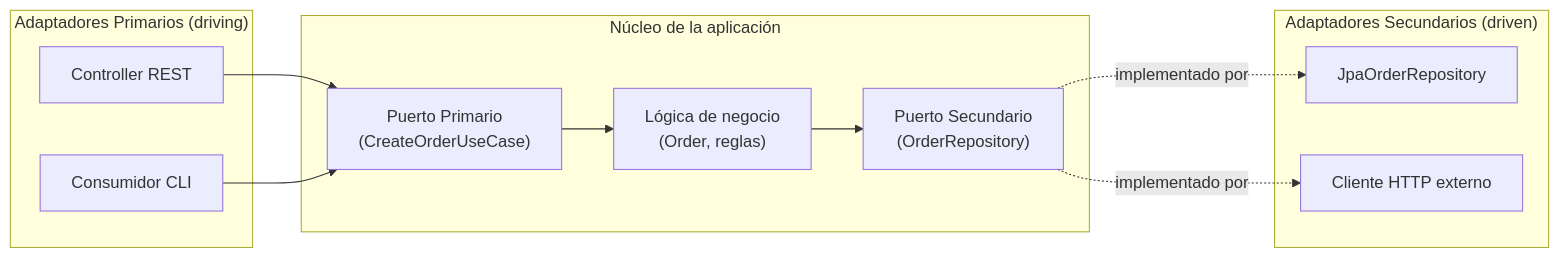
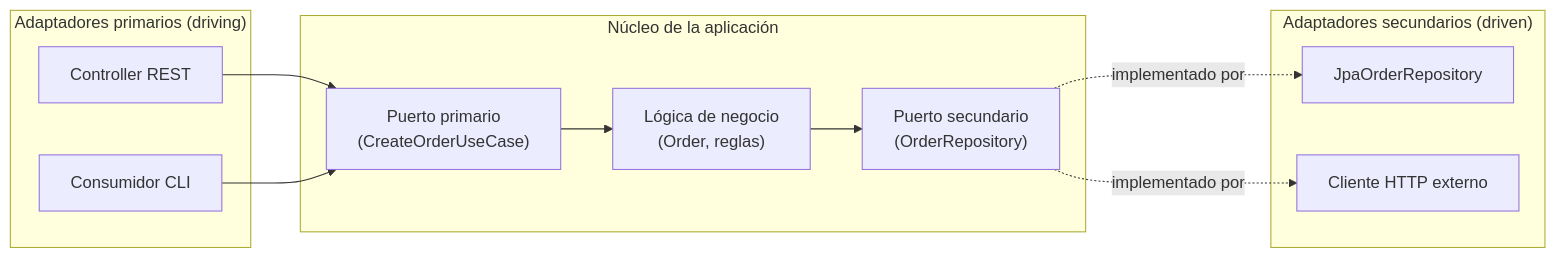
One commit to Carlou134/ssr-developer-roadmap changed the first of 2 diagrams in docs/02-calidad-de-codigo-y-arquitectura/11-arquitectura-hexagonal.md. Above: the diagram before and after it, drawn with Mermaid. The commit also changed other lines of this file and 13 other files, not shown here.

````diff
--- a/docs/02-calidad-de-codigo-y-arquitectura/11-arquitectura-hexagonal.md
+++ b/docs/02-calidad-de-codigo-y-arquitectura/11-arquitectura-hexagonal.md
@@ -18,24 +87,24 @@
 ```mermaid
 flowchart LR
-    subgraph Primarios["Adaptadores Primarios (driving)"]
+    subgraph Primarios["Adaptadores primarios (driving)"]
         REST["Controller REST"]
         CLI["Consumidor CLI"]
     end
 
     subgraph Nucleo["Núcleo de la aplicación"]
-        PP["Puerto Primario<br/>(CreateOrderUseCase)"]
+        PP["Puerto primario<br/>(CreateOrderUseCase)"]
         Core["Lógica de negocio<br/>(Order, reglas)"]
-        PS["Puerto Secundario<br/>(OrderRepository)"]
+        PS["Puerto secundario<br/>(OrderRepository)"]
         PP --> Core --> PS
     end
 
-    subgraph Secundarios["Adaptadores Secundarios (driven)"]
+    subgraph Secundarios["Adaptadores secundarios (driven)"]
         JPA["JpaOrderRepository"]
         HTTP["Cliente HTTP externo"]
     end
 
     REST --> PP
     CLI --> PP
     PS -.implementado por.-> JPA
     PS -.implementado por.-> HTTP
 ```
````
